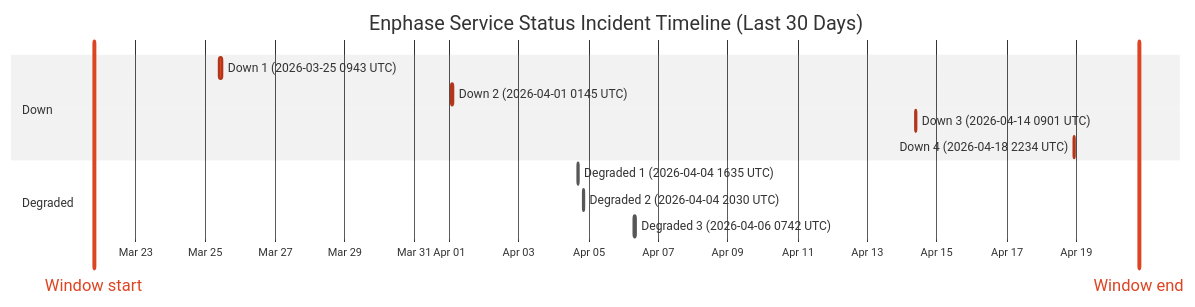
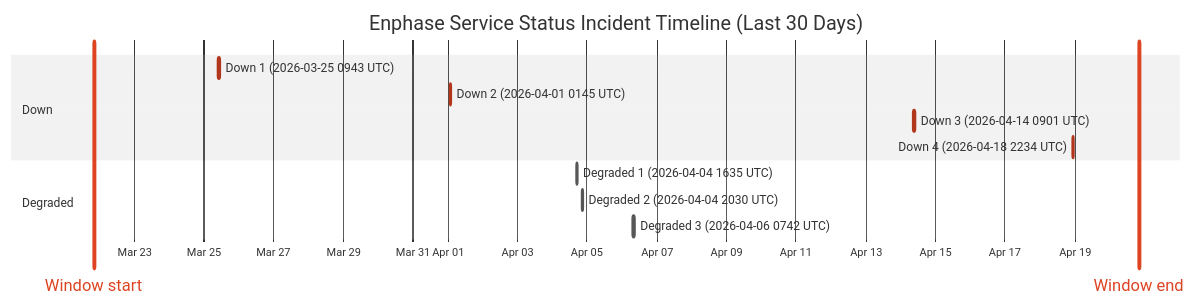
One commit to barneyonline/ha-enphase-ev-charger changed the diagram in wiki/Service-Status-History.md. Above: the diagram before and after it, drawn with Mermaid (neutral theme). The commit also changed other lines of this file and 3 other files, not shown here.

````diff
--- a/wiki/Service-Status-History.md
+++ b/wiki/Service-Status-History.md
@@ -14,17 +14,17 @@
 ```mermaid
 gantt
     title Enphase Service Status Incident Timeline (Last 30 Days)
     dateFormat  YYYY-MM-DDTHH:mm:ss
     axisFormat  %b %d
-    Window start :vert, window-start, 2026-03-21T19:13:47, 0ms
-    Window end :vert, window-end, 2026-04-20T19:13:47, 0ms
+    Window start :vert, window-start, 2026-03-21T20:09:47, 0ms
+    Window end :vert, window-end, 2026-04-20T20:09:47, 0ms
     section Down
     Down 1 (2026-03-25 0943 UTC) :crit, down-1, 2026-03-25T09:43:28, 111m
     Down 2 (2026-04-01 0145 UTC) :crit, down-2, 2026-04-01T01:45:09, 60m
     Down 3 (2026-04-14 0901 UTC) :crit, down-3, 2026-04-14T09:01:13, 60m
     Down 4 (2026-04-18 2234 UTC) :crit, down-4, 2026-04-18T22:34:13, 60m
     section Degraded
     Degraded 1 (2026-04-04 1635 UTC) :active, degraded-1, 2026-04-04T16:35:17, 60m
     Degraded 2 (2026-04-04 2030 UTC) :active, degraded-2, 2026-04-04T20:30:40, 60m
     Degraded 3 (2026-04-06 0742 UTC) :active, degraded-3, 2026-04-06T07:42:09, 85m
 ```
````
